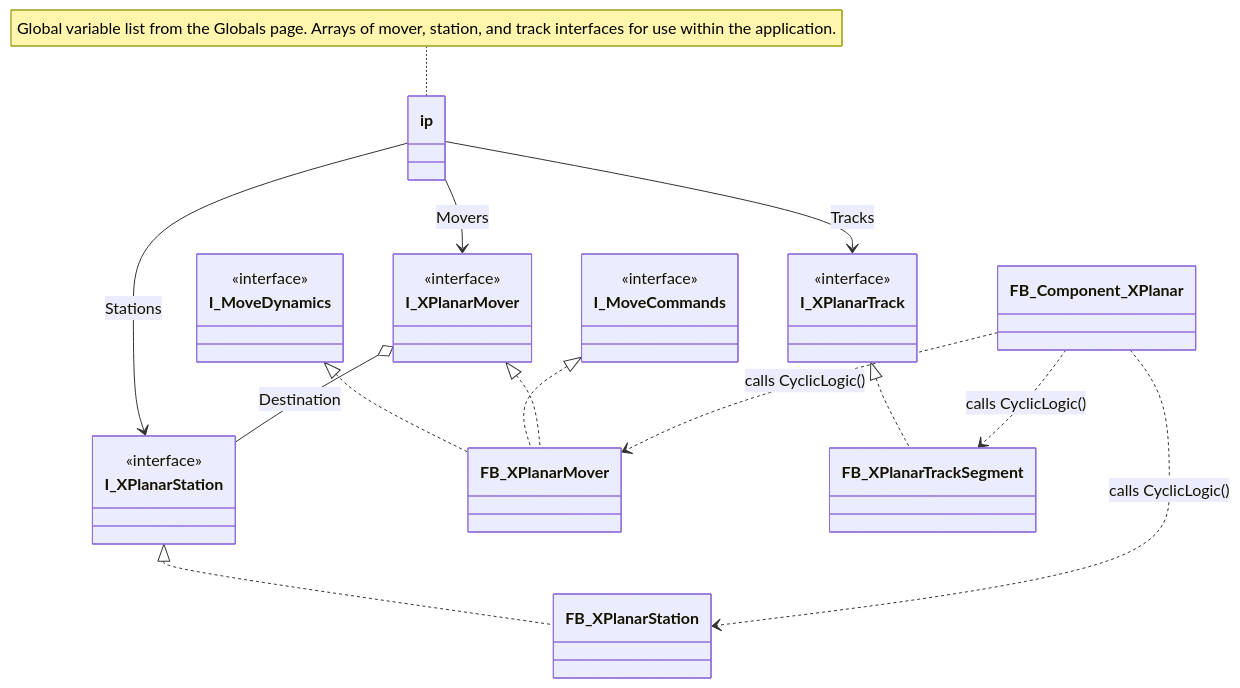
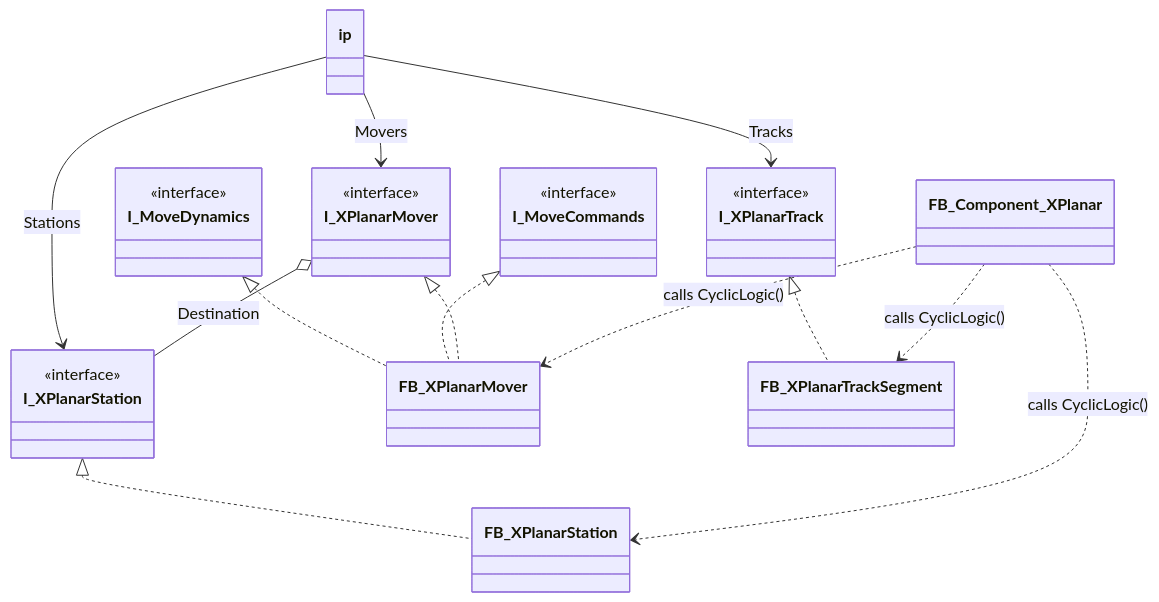
Before and after one commit to Beckhoff-USA-Community/XPlanarApplicationLibrary: the first of 5 diagrams in docs/index.md, drawn with Mermaid. The commit also changed other lines of this file, not shown here.

Commit message:
Move diagram notes into page text

````diff
--- a/docs/index.md
+++ b/docs/index.md
@@ -8,42 +10,40 @@
 ```mermaid
 classDiagram
     direction TB
 
     class FB_Component_XPlanar
     class ip
     class I_XPlanarMover{
         <<interface>>
     }
     class I_MoveCommands{
         <<interface>>
     }
     class I_MoveDynamics{
         <<interface>>
     }
     class I_XPlanarStation{
         <<interface>>
     }
     class I_XPlanarTrack{
         <<interface>>
     }
     class FB_XPlanarMover
     class FB_XPlanarStation
     class FB_XPlanarTrackSegment
 
     FB_Component_XPlanar ..> FB_XPlanarMover : calls CyclicLogic()
     FB_Component_XPlanar ..> FB_XPlanarStation : calls CyclicLogic()
     FB_Component_XPlanar ..> FB_XPlanarTrackSegment : calls CyclicLogic()
 
     I_XPlanarMover <|.. FB_XPlanarMover
     I_MoveCommands <|.. FB_XPlanarMover
     I_MoveDynamics <|.. FB_XPlanarMover
     I_XPlanarStation <|.. FB_XPlanarStation
     I_XPlanarTrack <|.. FB_XPlanarTrackSegment
     I_XPlanarMover o-- I_XPlanarStation : Destination
 
     ip --> I_XPlanarMover : Movers
     ip --> I_XPlanarStation : Stations
     ip --> I_XPlanarTrack : Tracks
-
-    note for ip "Global variable list from the Globals page. Arrays of mover, station, and track interfaces for use within the application."
 ```
````
